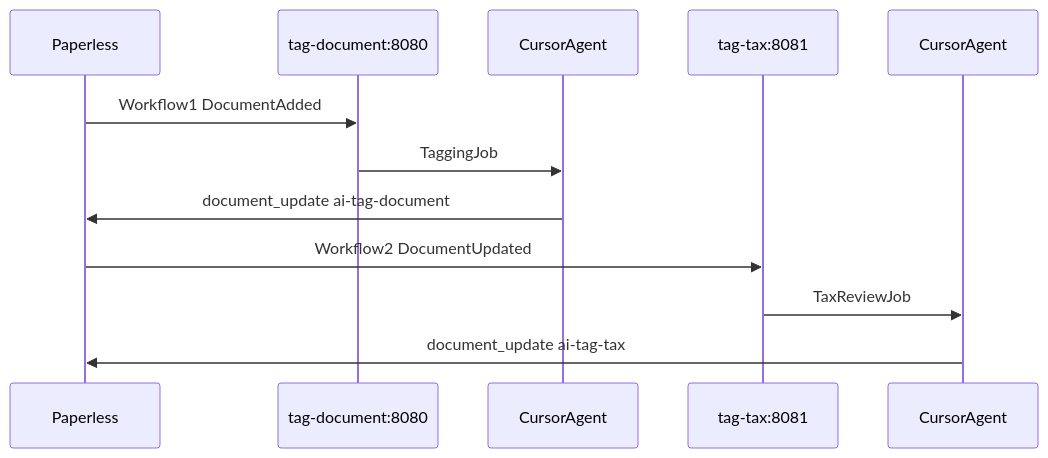
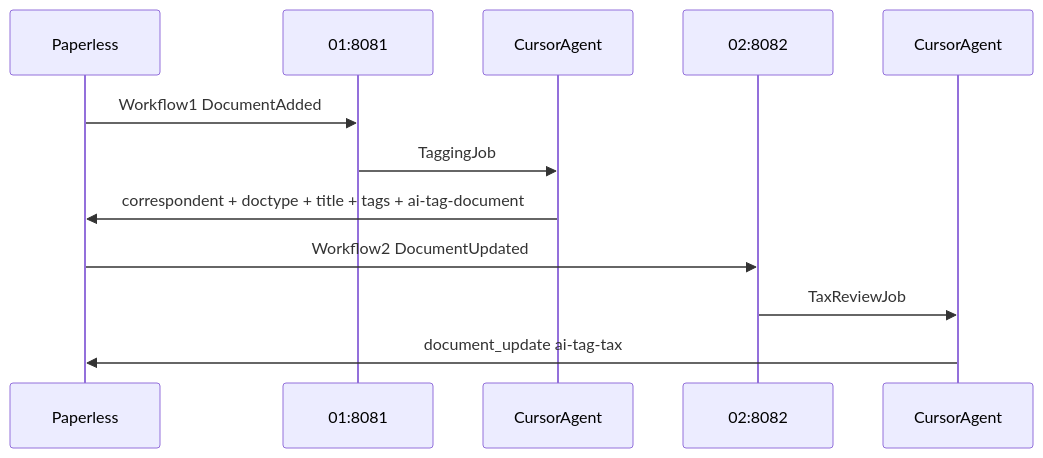
One commit to boexler/paperless-ai-tagger changed the second of 2 diagrams in README.md. Above: the diagram before and after it, drawn with Mermaid. The commit also changed other lines of this file and 6 other files, not shown here.

````diff
--- a/README.md
+++ b/README.md
@@ -27,15 +27,15 @@
 ```mermaid
 sequenceDiagram
     participant P as Paperless
-    participant W1 as tag-document:8080
+    participant W1 as 01:8081
     participant A1 as CursorAgent
-    participant W2 as tag-tax:8081
+    participant W2 as 02:8082
     participant A2 as CursorAgent
 
     P->>W1: Workflow1 DocumentAdded
     W1->>A1: TaggingJob
-    A1->>P: document_update ai-tag-document
+    A1->>P: correspondent + doctype + title + tags + ai-tag-document
     P->>W2: Workflow2 DocumentUpdated
     W2->>A2: TaxReviewJob
     A2->>P: document_update ai-tag-tax
 ```
````
